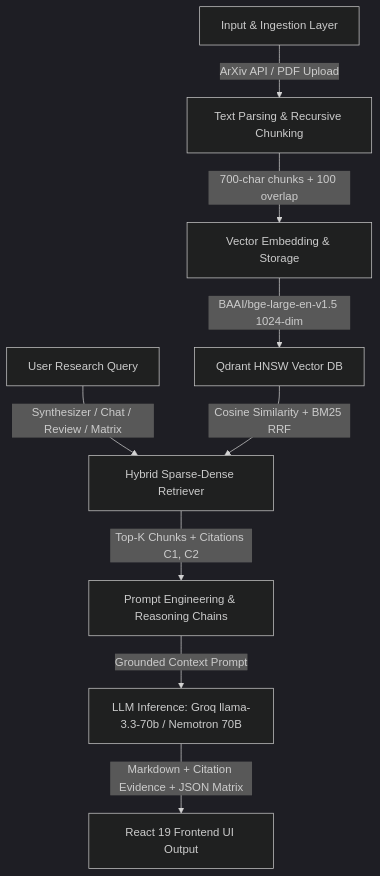
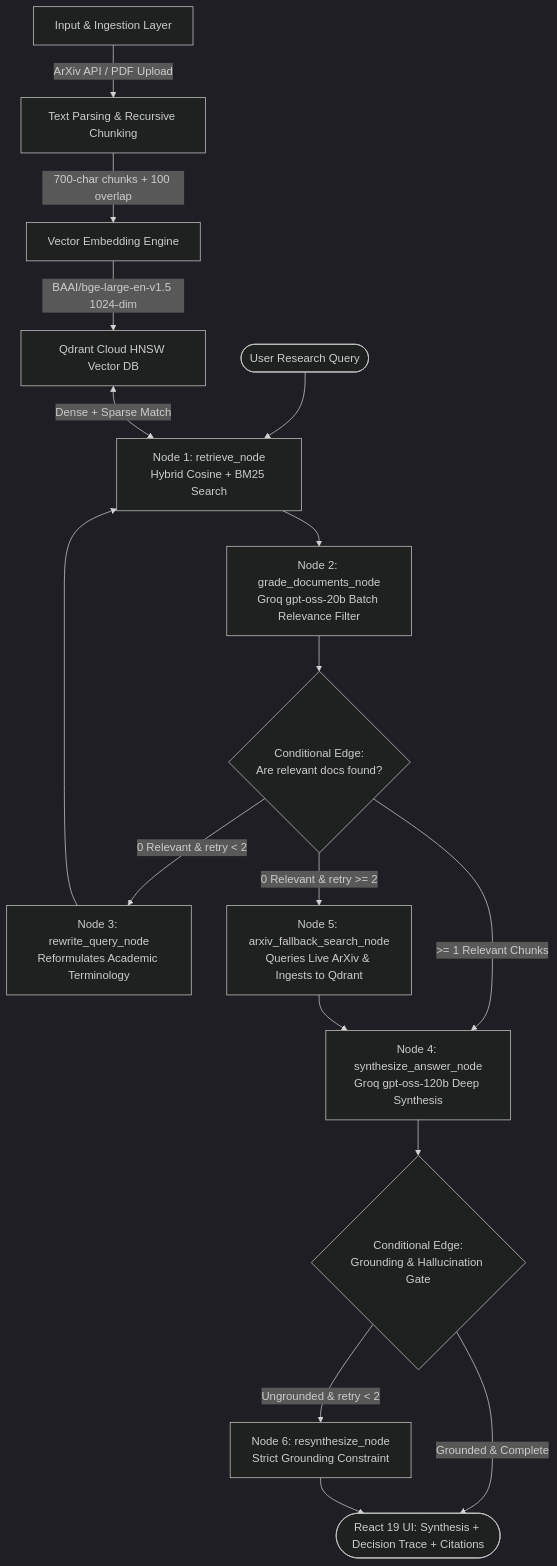
One commit to deeppawarofficial-sudo/PY_KNL_SYS changed the diagram in README.md. Above: the diagram before and after it, drawn with Mermaid (dark theme). The commit also changed other lines of this file, not shown here.

Commit message:
docs(readme): update end-to-end data flow with LangGraph CRAG architecture and new model specs

````diff
--- a/README.md
+++ b/README.md
@@ -42,14 +43,26 @@
 ```mermaid
 flowchart TD
     A["Input & Ingestion Layer"] -->|"ArXiv API / PDF Upload"| B["Text Parsing & Recursive Chunking"]
-    B -->|"700-char chunks + 100 overlap"| C["Vector Embedding & Storage"]
-    C -->|"BAAI/bge-large-en-v1.5 1024-dim"| D["Qdrant HNSW Vector DB"]
+    B -->|"700-char chunks + 100 overlap"| C["Vector Embedding Engine"]
+    C -->|"BAAI/bge-large-en-v1.5 1024-dim"| D["Qdrant Cloud HNSW Vector DB"]
+
+    E(["User Research Query"]) --> N1["Node 1: retrieve_node<br/>Hybrid Cosine + BM25 Search"]
+    D <-->|"Dense + Sparse Match"| N1
+
+    N1 --> N2["Node 2: grade_documents_node<br/>Groq gpt-oss-20b Batch Relevance Filter"]
+
+    N2 --> C1{"Conditional Edge:<br/>Are relevant docs found?"}
+
+    C1 -- ">= 1 Relevant Chunks" --> N4["Node 4: synthesize_answer_node<br/>Groq gpt-oss-120b Deep Synthesis"]
     
-    E["User Research Query"] -->|"Synthesizer / Chat / Review / Matrix"| F["Hybrid Sparse-Dense Retriever"]
-    D -->|"Cosine Similarity + BM25 RRF"| F
-    
-    F -->|"Top-K Chunks + Citations C1, C2"| G["Prompt Engineering & Reasoning Chains"]
-    G -->|"Grounded Context Prompt"| H["LLM Inference: Groq llama-3.3-70b / Nemotron 70B"]
-    
-    H -->|"Markdown + Citation Evidence + JSON Matrix"| I["React 19 Frontend UI Output"]
+    C1 -- "0 Relevant & retry < 2" --> N3["Node 3: rewrite_query_node<br/>Reformulates Academic Terminology"]
+    N3 --> N1
+
+    C1 -- "0 Relevant & retry >= 2" --> N5["Node 5: arxiv_fallback_search_node<br/>Queries Live ArXiv & Ingests to Qdrant"]
+    N5 --> N4
+
+    N4 --> C2{"Conditional Edge:<br/>Grounding & Hallucination Gate"}
+    C2 -- "Grounded & Complete" --> OUT(["React 19 UI: Synthesis + Decision Trace + Citations"])
+    C2 -- "Ungrounded & retry < 2" --> N6["Node 6: resynthesize_node<br/>Strict Grounding Constraint"]
+    N6 --> OUT
 ```
````
